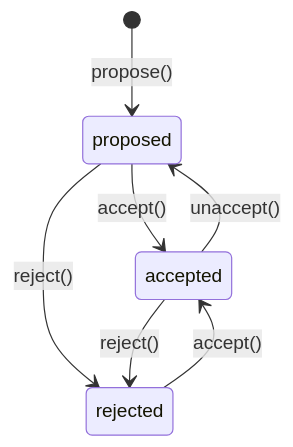
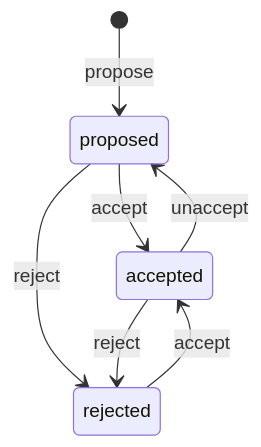
The second of 2 diagrams in scratch/findings-design.md (gccurtis/icarus), drawn with Mermaid before and after one commit. The commit also changed other lines of this file and 7 other files, not shown here.

````diff
--- a/scratch/findings-design.md
+++ b/scratch/findings-design.md
@@ -704,9 +193,9 @@
 ```mermaid
 stateDiagram-v2
-    [*] --> proposed: propose()
-    proposed --> accepted: accept()
-    proposed --> rejected: reject()
-    accepted --> proposed: unaccept()
-    accepted --> rejected: reject()
-    rejected --> accepted: accept()
+    [*] --> proposed: propose
+    proposed --> accepted: accept
+    proposed --> rejected: reject
+    accepted --> proposed: unaccept
+    accepted --> rejected: reject
+    rejected --> accepted: accept
 ```
````
